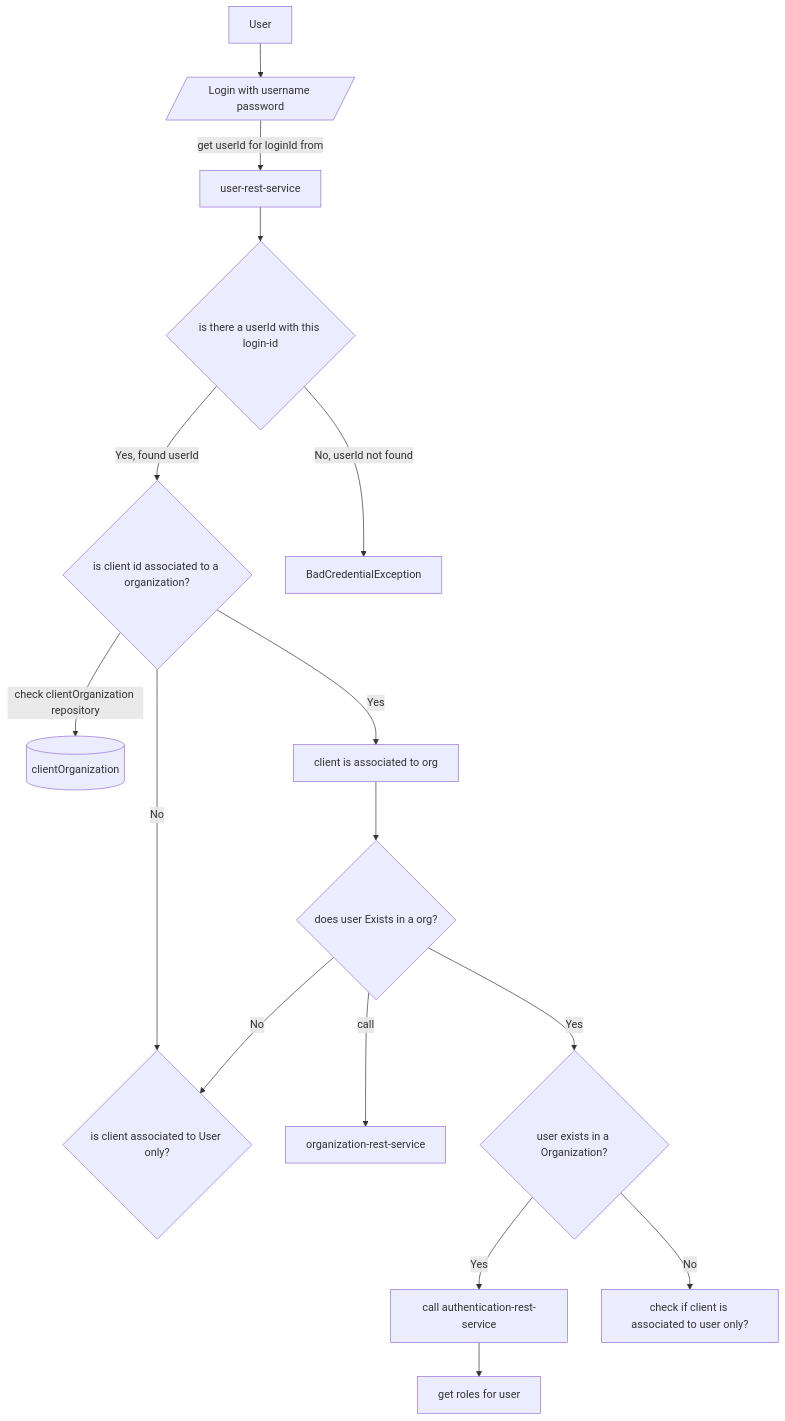
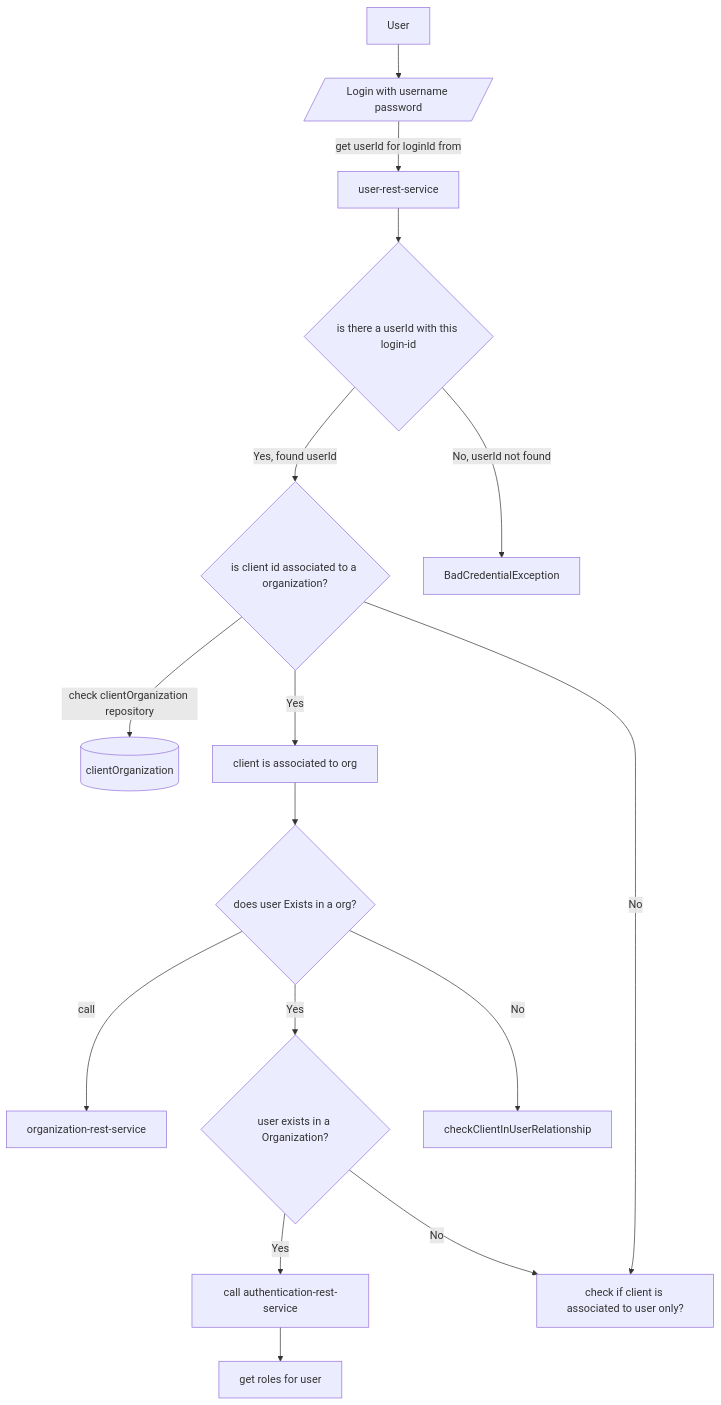
One commit to sonamsamdupkhangsar/spring-authorization-serve changed the diagram in README.md. Above: the diagram before and after it, drawn with Mermaid.

````diff
--- a/README.md
+++ b/README.md
@@ -35,19 +35,19 @@
 ```mermaid
 flowchart TD
  User -->login[/Login with username password/]
  login --get userId for loginId from--> userRestService["user-rest-service"]
  userRestService --> getUserId{is there a userId with this login-id}
  getUserId -->|Yes, found userId|checkClientInOrg{is client id associated to a organization?}
  getUserId -->|No, userId not found|returnError[BadCredentialException]
  checkClientInOrg --check clientOrganization repository--> clientOrganizationRepo[(clientOrganization)]
  
  checkClientInOrg -->|Yes|clientIsInOrg[client is associated to org]
- checkClientInOrg -->|No|checkClientInUserRelationship{is client associated to User only?}
+ checkClientInOrg -->|No|checkClientUserRelationship["check if client is associated to user only?"]
  clientIsInOrg --> checkUserExistsInOrg{does user Exists in a org?}
  checkUserExistsInOrg --call--> organizationRestService["organization-rest-service"]
  checkUserExistsInOrg -->|Yes| userExistsInOrg{user exists in a Organization?}
  checkUserExistsInOrg -->|No| checkClientInUserRelationship 
  userExistsInOrg -->|Yes| authenticate["call authentication-rest-service"]
  authenticate --> getRoles[get roles for user]
- userExistsInOrg -->|No| checkClientUserRelationship["check if client is associated to user only?"]
+ userExistsInOrg -->|No| checkClientUserRelationship
 ```
````
